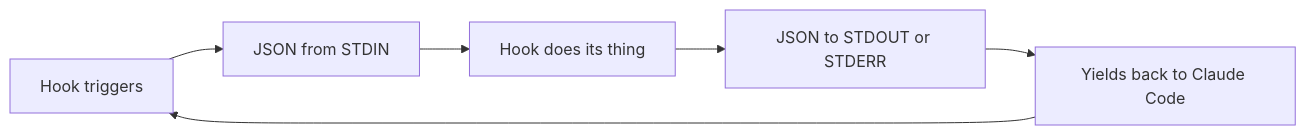
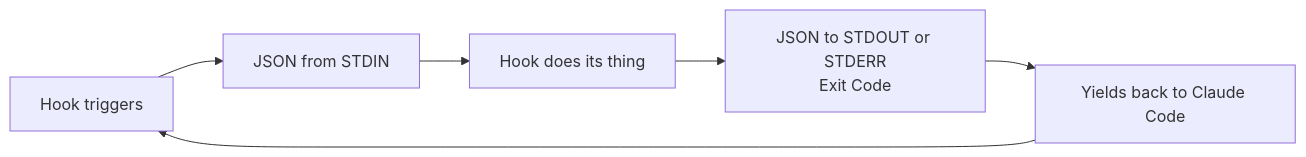
Before and after one commit to gabriel-dehan/claude_hooks: the first of 2 diagrams in README.md, drawn with Mermaid. The commit also changed other lines of this file and 56 other files, not shown here.

````diff
--- a/README.md
+++ b/README.md
@@ -329,4 +280,4 @@
 ```mermaid
 graph LR
-  A[Hook triggers] --> B[JSON from STDIN] --> C[Hook does its thing] --> D[JSON to STDOUT or STDERR] --> E[Yields back to Claude Code] --> A
+  A[Hook triggers] --> B[JSON from STDIN] --> C[Hook does its thing] --> D[JSON to STDOUT or STDERR<br />Exit Code] --> E[Yields back to Claude Code] --> A
 ```
````
